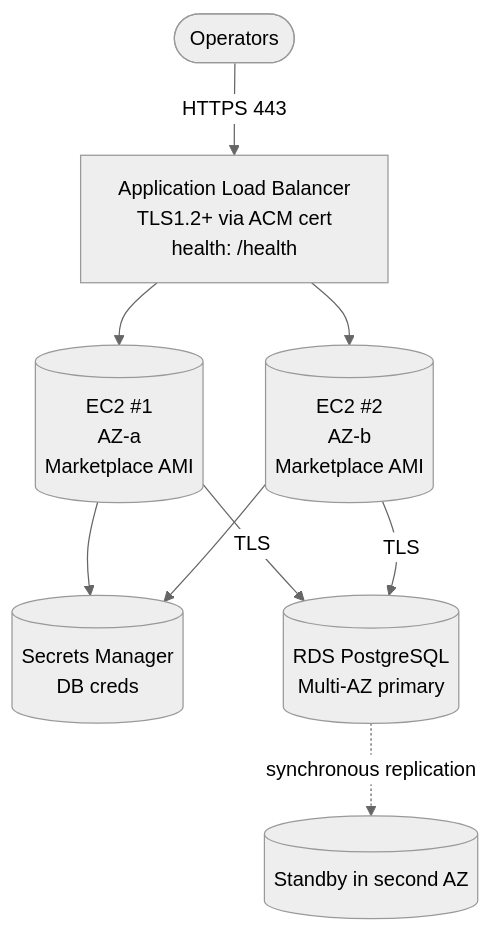
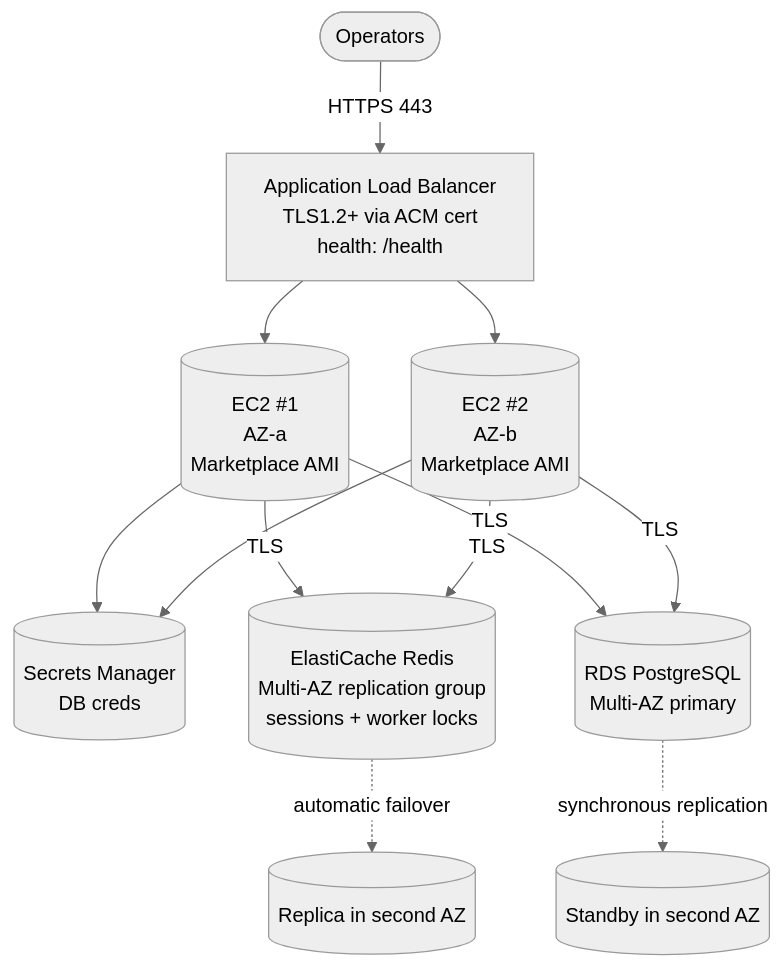
Before and after one commit to HailBytes/hailbytes-terraform-modules: the diagram in modules/ha-hot-hot/aws/README.md, drawn with Mermaid (neutral theme). The commit also changed other lines of this file and 6 other files, not shown here.

````diff
--- a/modules/ha-hot-hot/aws/README.md
+++ b/modules/ha-hot-hot/aws/README.md
@@ -10,11 +10,14 @@
 ```mermaid
 flowchart TB
     User([Operators]) -->|HTTPS 443| ALB[Application Load Balancer<br/>TLS1.2+ via ACM cert<br/>health: /health]
     ALB --> VM1[(EC2 #1<br/>AZ-a<br/>Marketplace AMI)]
     ALB --> VM2[(EC2 #2<br/>AZ-b<br/>Marketplace AMI)]
     VM1 --> SM[(Secrets Manager<br/>DB creds)]
     VM2 --> SM
+    VM1 -->|TLS| RDS[(ElastiCache Redis<br/>Multi-AZ replication group<br/>sessions + worker locks)]
+    VM2 -->|TLS| RDS
     VM1 -->|TLS| DB[(RDS PostgreSQL<br/>Multi-AZ primary)]
     VM2 -->|TLS| DB
     DB -.synchronous replication.-> DBS[(Standby in second AZ)]
+    RDS -.automatic failover.-> RDSS[(Replica in second AZ)]
 ```
````
